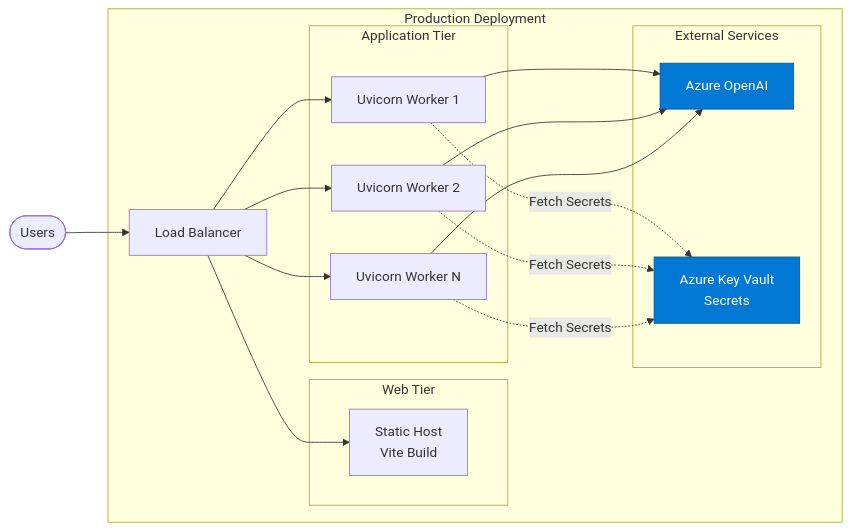
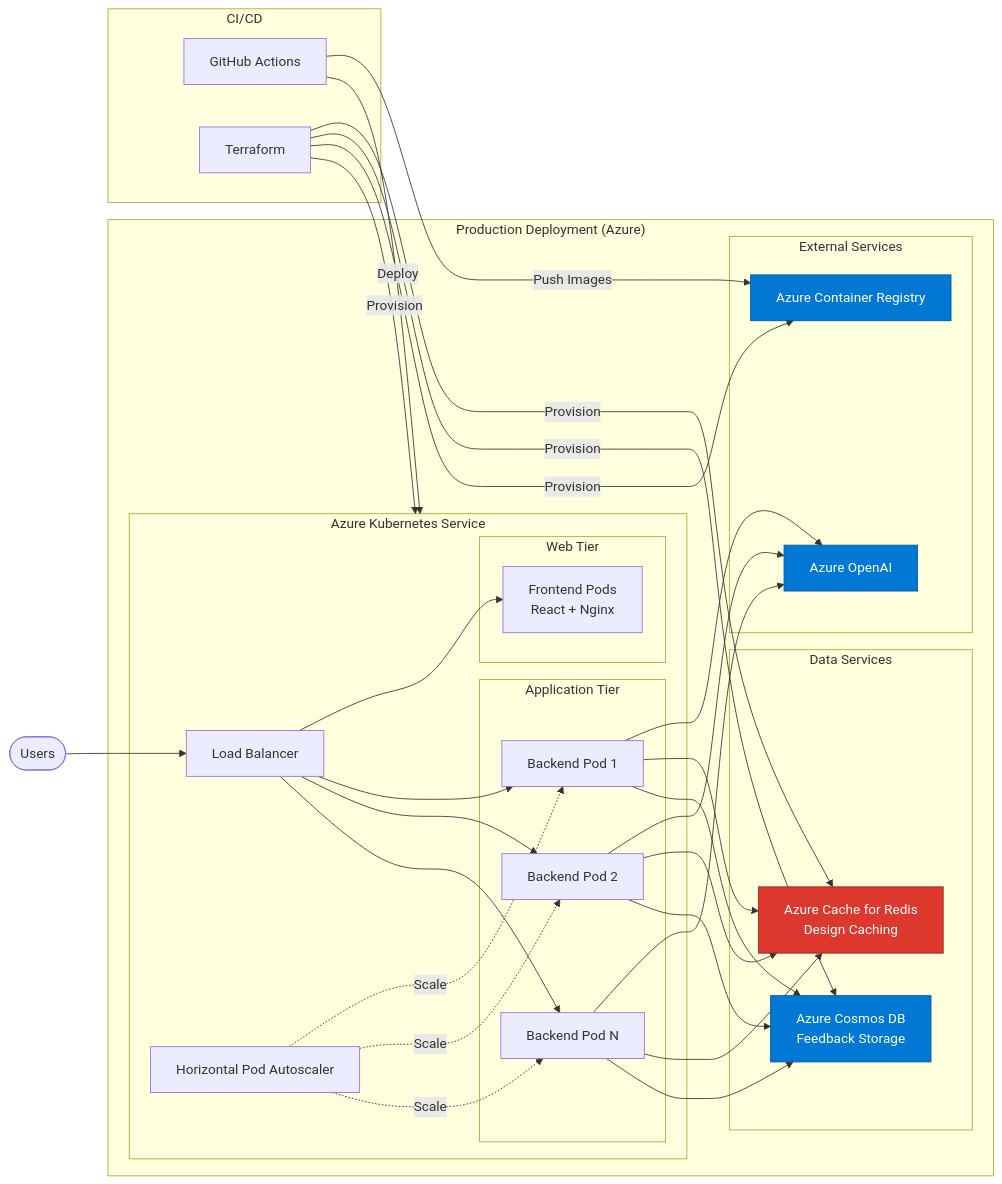
One commit to rtrentin73/carlos-the-architect changed the third of 3 diagrams in architecture-diagram.md. Above: the diagram before and after it, drawn with Mermaid. The commit also changed other lines of this file and 2 other files, not shown here.

First line of the commit message:
docs: Update documentation for Redis caching and Cosmos DB feedback

````diff
--- a/architecture-diagram.md
+++ b/architecture-diagram.md
@@ -233,30 +280,52 @@
 ```mermaid
 flowchart LR
-    subgraph Production["Production Deployment"]
-        LB[Load Balancer]
+    subgraph Production["Production Deployment (Azure)"]
+        subgraph AKS["Azure Kubernetes Service"]
+            LB[Load Balancer]
 
-        subgraph WebTier["Web Tier"]
-            StaticHost[Static Host<br/>Vite Build]
+            subgraph WebTier["Web Tier"]
+                Frontend[Frontend Pods<br/>React + Nginx]
+            end
+
+            subgraph AppTier["Application Tier"]
+                Backend1[Backend Pod 1]
+                Backend2[Backend Pod 2]
+                BackendN[Backend Pod N]
+            end
+
+            HPA[Horizontal Pod Autoscaler]
         end
 
-        subgraph AppTier["Application Tier"]
-            ASGI1[Uvicorn Worker 1]
-            ASGI2[Uvicorn Worker 2]
-            ASGI3[Uvicorn Worker N]
+        subgraph DataServices["Data Services"]
+            Redis[Azure Cache for Redis<br/>Design Caching]
+            CosmosDB[Azure Cosmos DB<br/>Feedback Storage]
         end
 
         subgraph External["External Services"]
             AzureAI[Azure OpenAI]
-            KeyVault[Azure Key Vault<br/>Secrets]
+            ACR[Azure Container Registry]
         end
     end
 
+    subgraph CICD["CI/CD"]
+        GitHub[GitHub Actions]
+        Terraform[Terraform]
+    end
+
     Users([Users]) --> LB
-    LB --> StaticHost
-    LB --> ASGI1 & ASGI2 & ASGI3
-    ASGI1 & ASGI2 & ASGI3 --> AzureAI
-    ASGI1 & ASGI2 & ASGI3 -.->|Fetch Secrets| KeyVault
+    LB --> Frontend
+    LB --> Backend1 & Backend2 & BackendN
+    Backend1 & Backend2 & BackendN --> AzureAI
+    Backend1 & Backend2 & BackendN --> Redis
+    Backend1 & Backend2 & BackendN --> CosmosDB
+    HPA -.->|Scale| Backend1 & Backend2 & BackendN
+
+    GitHub -->|Deploy| AKS
+    GitHub -->|Push Images| ACR
+    Terraform -->|Provision| AKS & Redis & CosmosDB & ACR
 
     style AzureAI fill:#0078d4,stroke:#005a9e,color:#fff
-    style KeyVault fill:#0078d4,stroke:#005a9e,color:#fff
+    style Redis fill:#dc382d,stroke:#a41e11,color:#fff
+    style CosmosDB fill:#0078d4,stroke:#005a9e,color:#fff
+    style ACR fill:#0078d4,stroke:#005a9e,color:#fff
 ```
````
